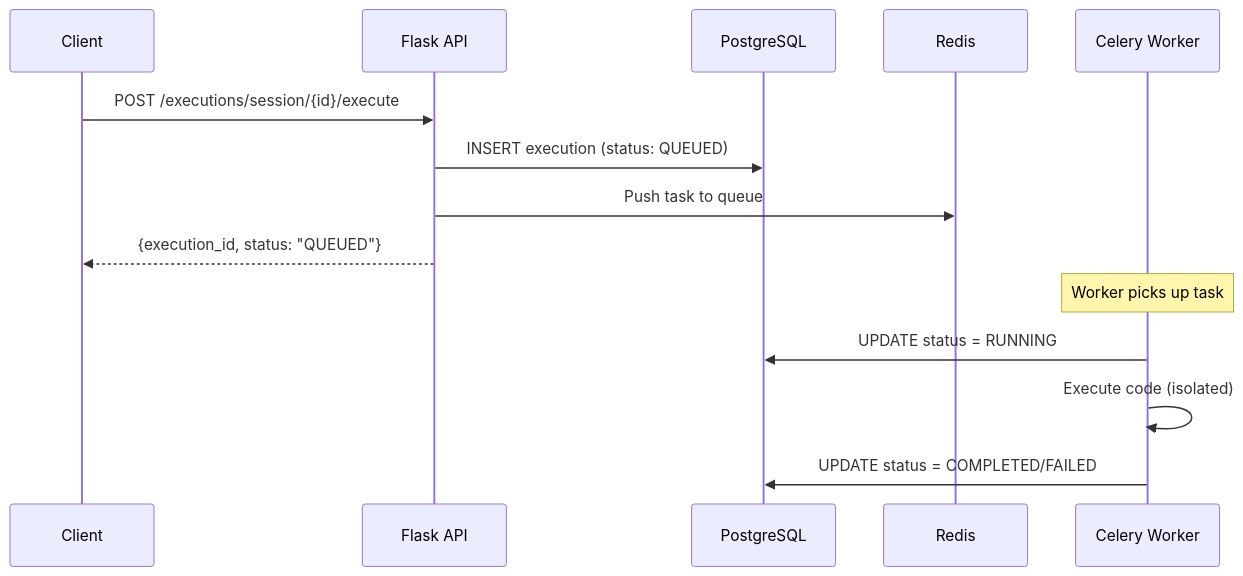
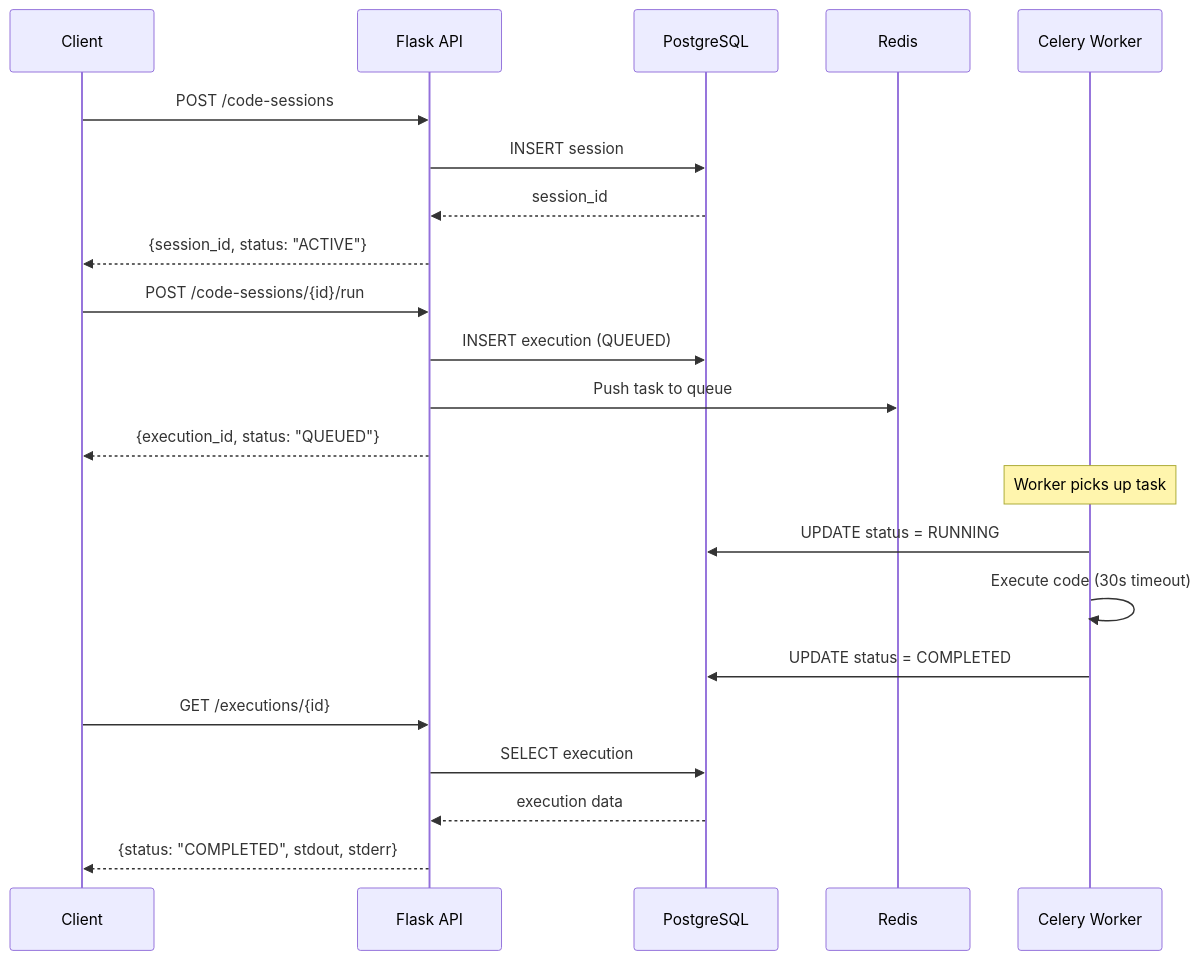
Before and after one commit to hoangphat25092005/livecode_execution: the diagram in README.md, drawn with Mermaid. The commit also changed other lines of this file, not shown here.

````diff
--- a/README.md
+++ b/README.md
@@ -111,18 +186,28 @@
 ```mermaid
 sequenceDiagram
     participant Client
     participant Flask API
     participant PostgreSQL
     participant Redis
     participant Celery Worker
     
-    Client->>Flask API: POST /executions/session/{id}/execute
-    Flask API->>PostgreSQL: INSERT execution (status: QUEUED)
+    Client->>Flask API: POST /code-sessions
+    Flask API->>PostgreSQL: INSERT session
+    PostgreSQL-->>Flask API: session_id
+    Flask API-->>Client: {session_id, status: "ACTIVE"}
+    
+    Client->>Flask API: POST /code-sessions/{id}/run
+    Flask API->>PostgreSQL: INSERT execution (QUEUED)
     Flask API->>Redis: Push task to queue
     Flask API-->>Client: {execution_id, status: "QUEUED"}
     
     Note over Celery Worker: Worker picks up task
     Celery Worker->>PostgreSQL: UPDATE status = RUNNING
-    Celery Worker->>Celery Worker: Execute code (isolated)
-    Celery Worker->>PostgreSQL: UPDATE status = COMPLETED/FAILED
+    Celery Worker->>Celery Worker: Execute code (30s timeout)
+    Celery Worker->>PostgreSQL: UPDATE status = COMPLETED
+    
+    Client->>Flask API: GET /executions/{id}
+    Flask API->>PostgreSQL: SELECT execution
+    PostgreSQL-->>Flask API: execution data
+    Flask API-->>Client: {status: "COMPLETED", stdout, stderr}
 ```
````
